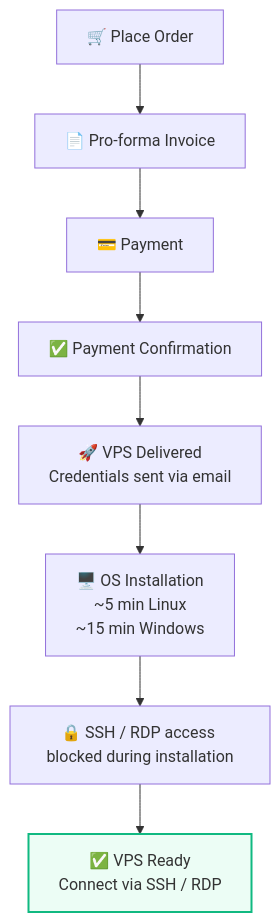
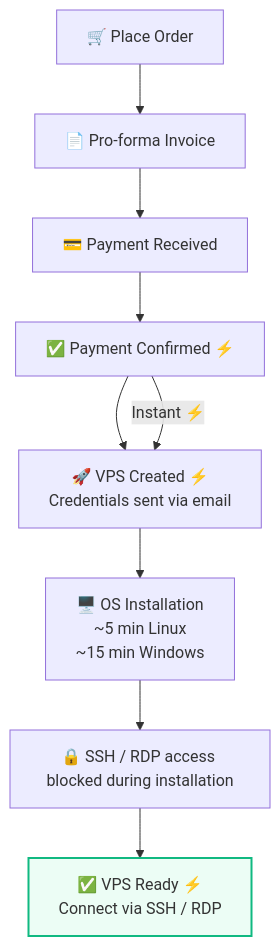
The diagram in faq/billing-lifecycle/how-fast-instant-delivery.mdx (gExPl0ReR/docs), drawn with Mermaid before and after one commit.

Commit message:
Clarify instant delivery steps in billing FAQ

````diff
--- a/faq/billing-lifecycle/how-fast-instant-delivery.mdx
+++ b/faq/billing-lifecycle/how-fast-instant-delivery.mdx
@@ -23,13 +23,14 @@
 ```mermaid
 flowchart TD
     A["🛒 Place Order"] --> B["📄 Pro-forma Invoice"]
-    B --> C["💳 Payment"]
-    C --> D["✅ Payment Confirmation"]
-    D --> E["🚀 VPS Delivered<br/>Credentials sent via email"]
+    B --> C["💳 Payment Received"]
+    C --> D["✅ Payment Confirmed ⚡"]
+    D --> E["🚀 VPS Created ⚡<br/>Credentials sent via email"]
+    D -->|Instant ⚡| E
     E --> F["🖥️ OS Installation<br/>~5 min Linux <br/> ~15 min Windows"]
     F --> G["🔒 SSH / RDP access blocked during installation"]
-    G --> H["✅ VPS Ready<br/>Connect via SSH / RDP"]
+    G --> H["✅ VPS Ready ⚡<br/>Connect via SSH / RDP"]
 
     classDef highlight fill:#ecfdf5,stroke:#10b981,stroke-width:2px;
     class H highlight;
 ```
````
